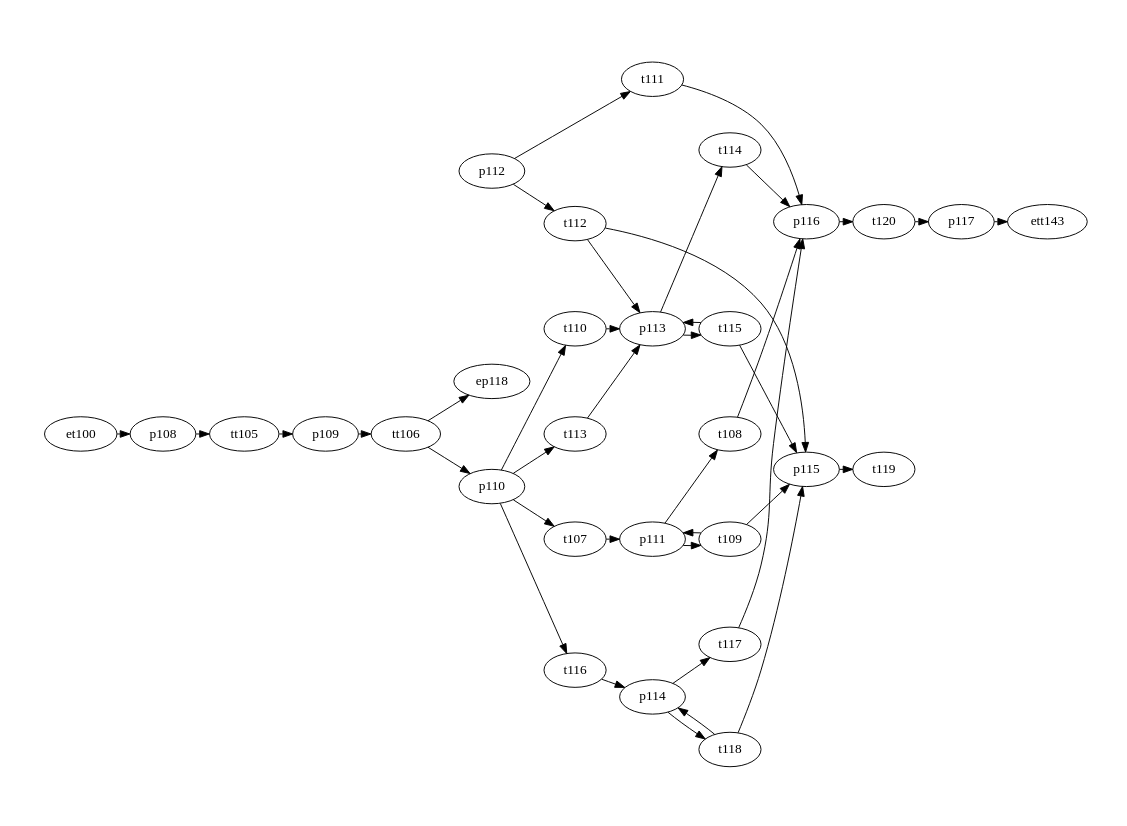
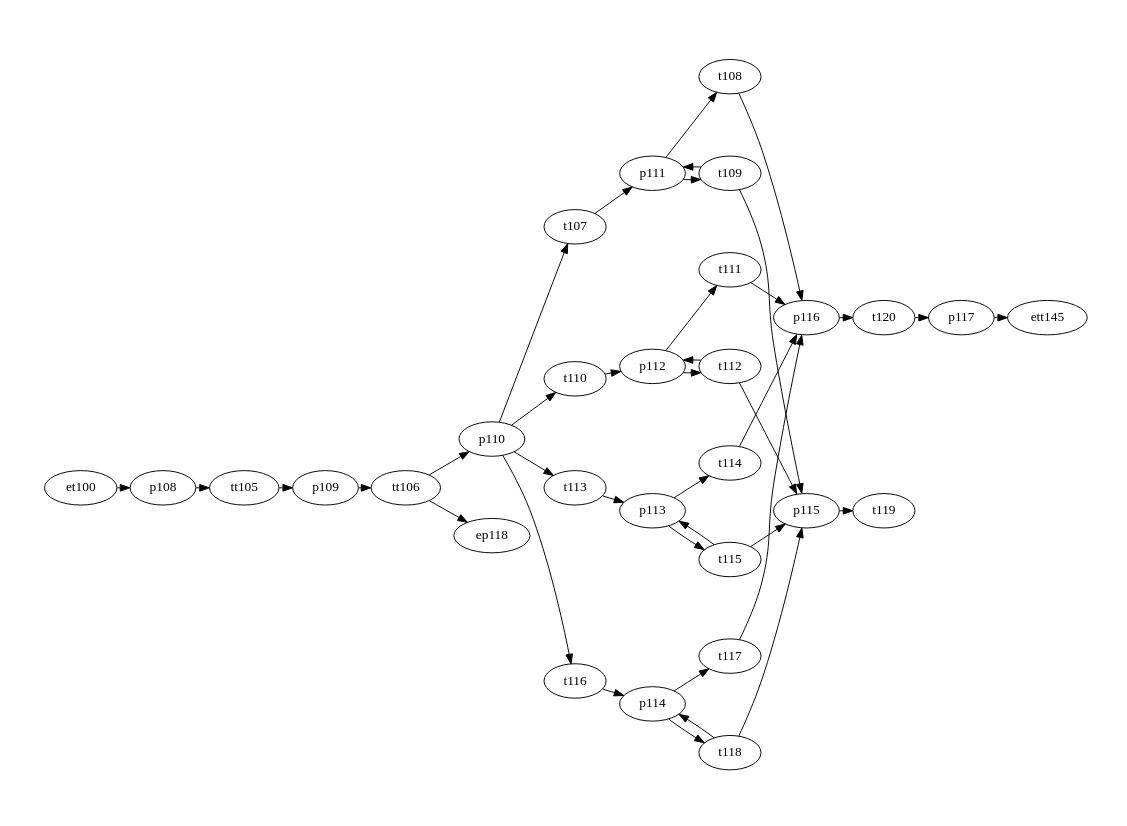
Before and after one commit to Accacio/docsTCC: the diagram in figures/petriNets/dot/7-storageY/storageY.dot, drawn with Graphviz. The commit also changed 34 other files, not shown here.

```diff
--- a/figures/petriNets/dot/7-storageY/storageY.dot
+++ b/figures/petriNets/dot/7-storageY/storageY.dot
@@ -1,120 +1,120 @@
 
 digraph A {
     # splines = ortho
     rankdir=LR;
     ratio=fill
     graph [pad="0.5", nodesep="0.25", ranksep="0.2"];
     margin=0;
     size="11.7,8.3!"
 
 # Modulo armazenador y
 
     p108
     p109
     p110
     p111
     p112
     p113
     p114
     p115
     p116
     p117
 
 
     tt105
     tt106
     t107
     t108
     t109
     t110
     t111
     t112
     t113
     t114
     t115
     t116
     t117
     t118
     t119
     t120
 
 
 # subgraph cluster_7 {
 #   label="Storage (y)";
 #   labelloc = b
 #   style="dashed"
   # color="red"
   # pre
 
   p108 -> tt105
   p109 -> tt106
 
   p110 -> t107
   p110 -> t110
   p110 -> t113
   p110 -> t116
 
 
   p111 -> t108
   p111 -> t109
 
   p112 -> t111
   p112 -> t112
 
   p113 -> t114
   p113 -> t115
 
   p114 -> t117
   p114 -> t118
   
 
   p115 -> t119
 
   p116 -> t120
 
 
   #pos
 
   tt105 -> p109
   tt106 -> p110
 
   t107 -> p111
   t108 -> p116
   t109 -> p115
   t109 -> p111
        
-  t110 -> p113
+  t110 -> p112
   t111 -> p116
   t112 -> p115
-  t112 -> p113
+  t112 -> p112
 
   t113 -> p113
   t114 -> p116
   t115 -> p115
   t115 -> p113
 
   t116 -> p114
   t117 -> p116
   t118 -> p115
   t118 -> p114
 
   t120 -> p117
 
   
   
 
 # }
 
 et100
 
 et100 -> p108
 
 ep118
 
 tt106 -> ep118
 
-ett143
-p117 -> ett143
+ett145
+p117 -> ett145
 
 
 }
```
